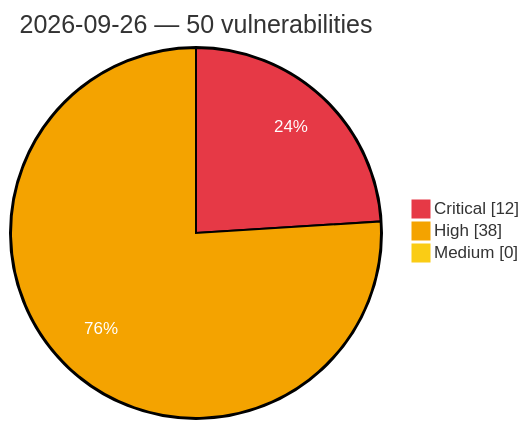
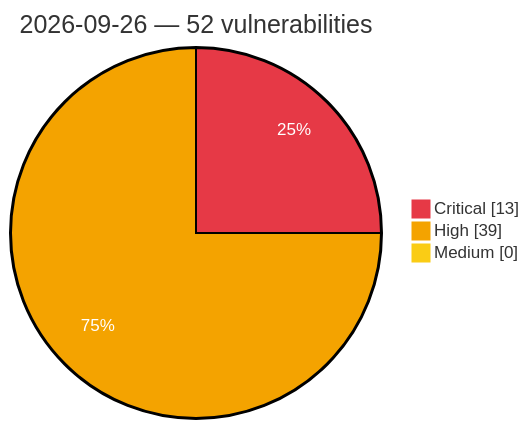
The diagram in vulnerabilities/2026/September/2026-09-26.md (GhostX0X/vuln-tracker), drawn with Mermaid before and after one commit. The commit also changed other lines of this file and 5 other files, not shown here.

Commit message:
Auto update: critical/high vulns (2026-09-26 18:59 UTC)

````diff
--- a/vulnerabilities/2026/September/2026-09-26.md
+++ b/vulnerabilities/2026/September/2026-09-26.md
@@ -3,8 +3,8 @@
 ```mermaid
 %%{init: {'theme':'base', 'themeVariables': {'pie1':'#e63946', 'pie2':'#f4a300', 'pie3':'#facc15', 'pieOpacity':'1', 'pieOuterStrokeWidth':'2px', 'pieSectionTextColor':'#ffffff'}}}%%
 pie showData
-    title 2026-09-26 — 50 vulnerabilities
-    "Critical" : 12
-    "High" : 38
+    title 2026-09-26 — 52 vulnerabilities
+    "Critical" : 13
+    "High" : 39
     "Medium" : 0
 ```
````
